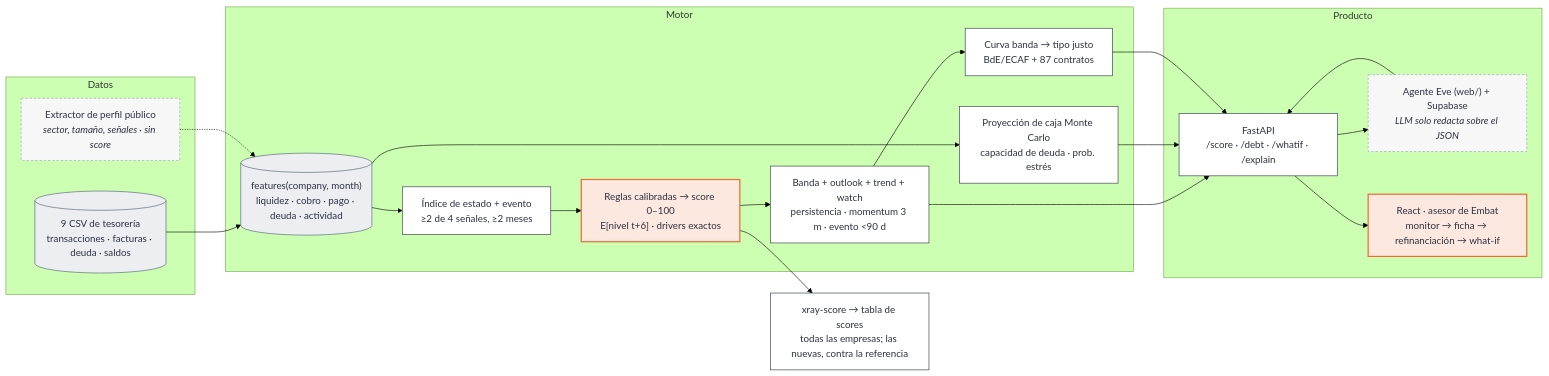
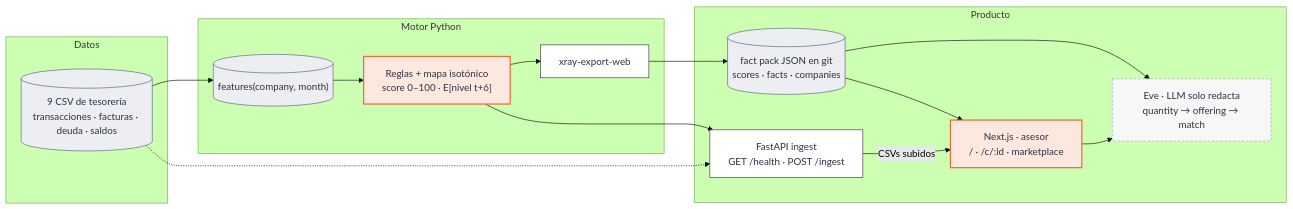
One commit to alvarovillalbaa/hackspain-2026 changed the diagram in README.md. Above: the diagram before and after it, drawn with Mermaid (forest theme). The commit also changed other lines of this file and 123 other files, not shown here.

````diff
--- a/README.md
+++ b/README.md
@@ -16,42 +16,31 @@
 ```mermaid
 flowchart LR
     classDef focal fill:#fde8df,stroke:#eb6c36,stroke-width:2px,color:#2d3142
     classDef store fill:#eceef2,stroke:#4f5d75,color:#2d3142
     classDef ext fill:#f7f7f7,stroke:#9aa3b5,stroke-dasharray:4 3,color:#2d3142
     classDef node fill:#ffffff,stroke:#2d3142,color:#2d3142
 
     subgraph DATOS["Datos"]
         CSV[("9 CSV de tesorería<br/>transacciones · facturas · deuda · saldos")]:::store
-        PUB["Extractor de perfil público<br/><i>sector, tamaño, señales · sin score</i>"]:::ext
     end
 
-    subgraph MOTOR["Motor"]
-        FEAT[("features(company, month)<br/>liquidez · cobro · pago · deuda · actividad")]:::store
-        IDX["Índice de estado + evento<br/>≥2 de 4 señales, ≥2 meses"]:::node
-        MODEL["Reglas calibradas → score 0–100<br/>E[nivel t+6] · drivers exactos"]:::focal
-        BAND["Banda + outlook + trend + watch<br/>persistencia · momentum 3 m · evento &lt;90 d"]:::node
-        MC["Proyección de caja Monte Carlo<br/>capacidad de deuda · prob. estrés"]:::node
-        RATE["Curva banda → tipo justo<br/>BdE/ECAF + 87 contratos"]:::node
+    subgraph MOTOR["Motor Python"]
+        FEAT[("features(company, month)")]:::store
+        MODEL["Reglas + mapa isotónico<br/>score 0–100 · E[nivel t+6]"]:::focal
+        EXPORT["xray-export-web"]:::node
     end
 
     subgraph PRODUCTO["Producto"]
-        API["FastAPI<br/>/score · /debt · /whatif · /explain"]:::node
-        LLM["Agente Eve (web/) + Supabase<br/><i>LLM solo redacta sobre el JSON</i>"]:::ext
-        FRONT["React · asesor de Embat<br/>monitor → ficha → refinanciación → what-if"]:::focal
+        PACK[("fact pack JSON en git<br/>scores · facts · companies")]:::store
+        INGEST["FastAPI ingest<br/>GET /health · POST /ingest"]:::node
+        FRONT["Next.js · asesor<br/>/ · /c/:id · marketplace"]:::focal
+        EVE["Eve · LLM solo redacta<br/>quantity → offering → match"]:::ext
     end
 
-    LB["xray-score → tabla de scores<br/>todas las empresas; las nuevas, contra la referencia"]:::node
-
-    CSV --> FEAT
-    PUB -.-> FEAT
-    FEAT --> IDX --> MODEL
-    FEAT --> MC
-    MODEL --> BAND
-    BAND --> RATE
-    MODEL --> LB
-    BAND --> API
-    MC --> API
-    RATE --> API
-    API --> LLM --> API
-    API --> FRONT
+    CSV --> FEAT --> MODEL --> EXPORT --> PACK --> FRONT
+    MODEL --> INGEST
+    CSV -.-> INGEST
+    INGEST -->|CSVs subidos| FRONT
+    PACK --> EVE
+    FRONT --> EVE
 ```
````
